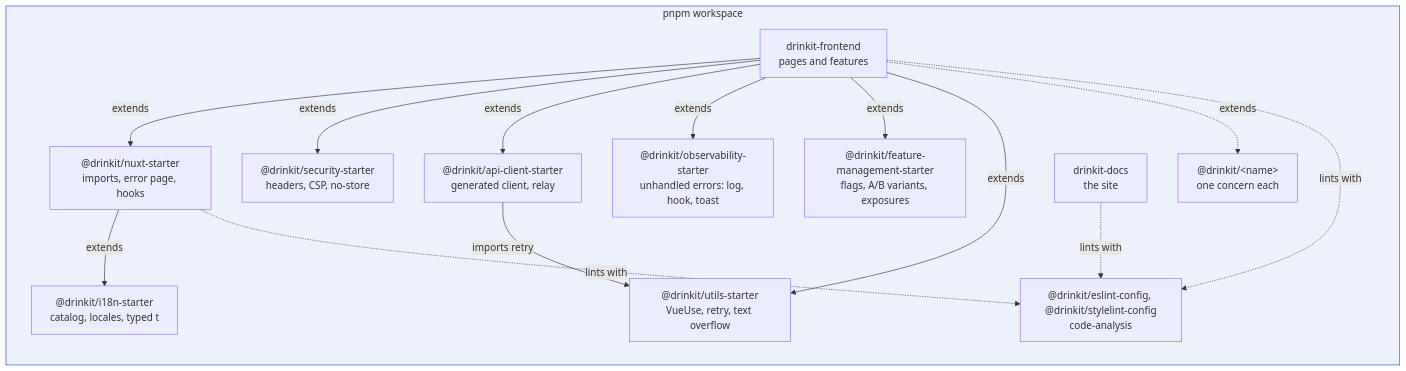
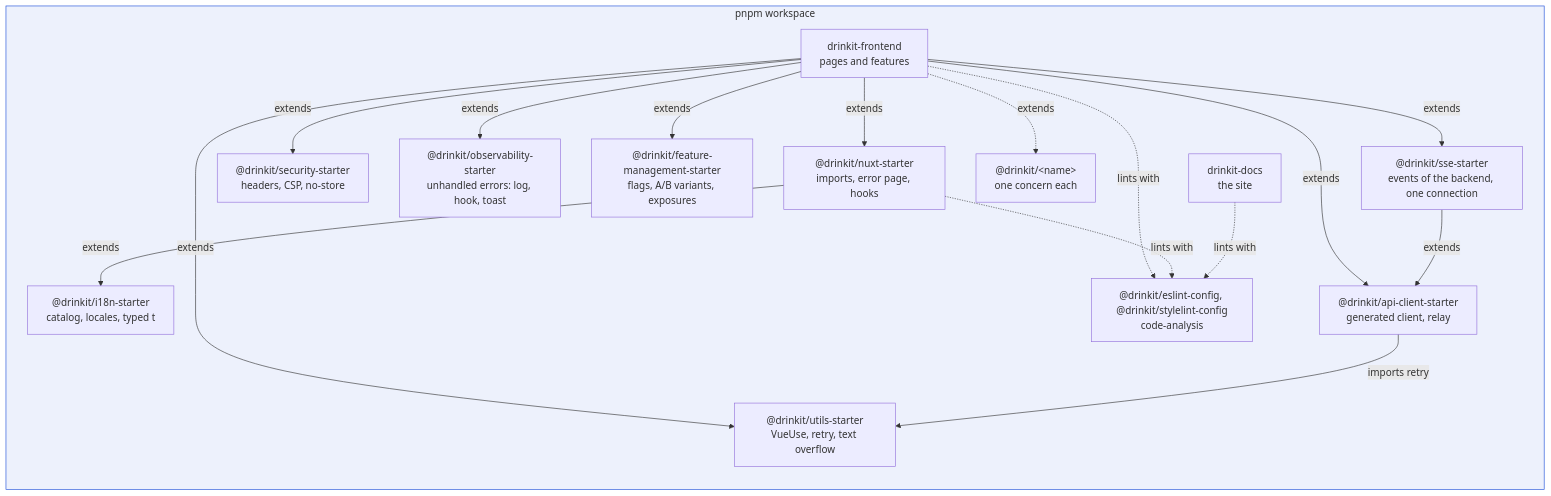
One commit to mboisnard/drinkit changed the first of 5 diagrams in docs/content/en/1.engineering/2.architecture/7.frontend-architecture.md. Above: the diagram before and after it, drawn with Mermaid. The commit also changed other lines of this file and 2 other files, not shown here.

Commit message:
[DOC] Name the frontend sse-starter in the architecture pages and ADR 015 (#683)

````diff
--- a/docs/content/en/1.engineering/2.architecture/7.frontend-architecture.md
+++ b/docs/content/en/1.engineering/2.architecture/7.frontend-architecture.md
@@ -19,29 +19,32 @@
 ```mermaid
 flowchart LR
   subgraph workspace["pnpm workspace"]
     app["drinkit-frontend<br/>pages and features"]
     nuxt["@drinkit/nuxt-starter<br/>imports, error page, hooks"]
     i18n["@drinkit/i18n-starter<br/>catalog, locales, typed t"]
     security["@drinkit/security-starter<br/>headers, CSP, no-store"]
     api["@drinkit/api-client-starter<br/>generated client, relay"]
     obs["@drinkit/observability-starter<br/>unhandled errors: log, hook, toast"]
     flags["@drinkit/feature-management-starter<br/>flags, A/B variants, exposures"]
     utils["@drinkit/utils-starter<br/>VueUse, retry, text overflow"]
+    sse["@drinkit/sse-starter<br/>events of the backend, one connection"]
     other["@drinkit/&lt;name&gt;<br/>one concern each"]
     docs["drinkit-docs<br/>the site"]
     lint["@drinkit/eslint-config, @drinkit/stylelint-config<br/>code-analysis"]
   end
   app -- "extends" --> nuxt
   nuxt -- "extends" --> i18n
   app -- "extends" --> security
   app -- "extends" --> api
   app -- "extends" --> obs
   app -- "extends" --> flags
   app -- "extends" --> utils
+  app -- "extends" --> sse
+  sse -- "extends" --> api
   api -- "imports retry" --> utils
   app -. "extends" .-> other
   app -. "lints with" .-> lint
   nuxt -. "lints with" .-> lint
   docs -. "lints with" .-> lint
   style workspace fill:#1d4ed814,stroke:#1d4ed8
 ```
````
